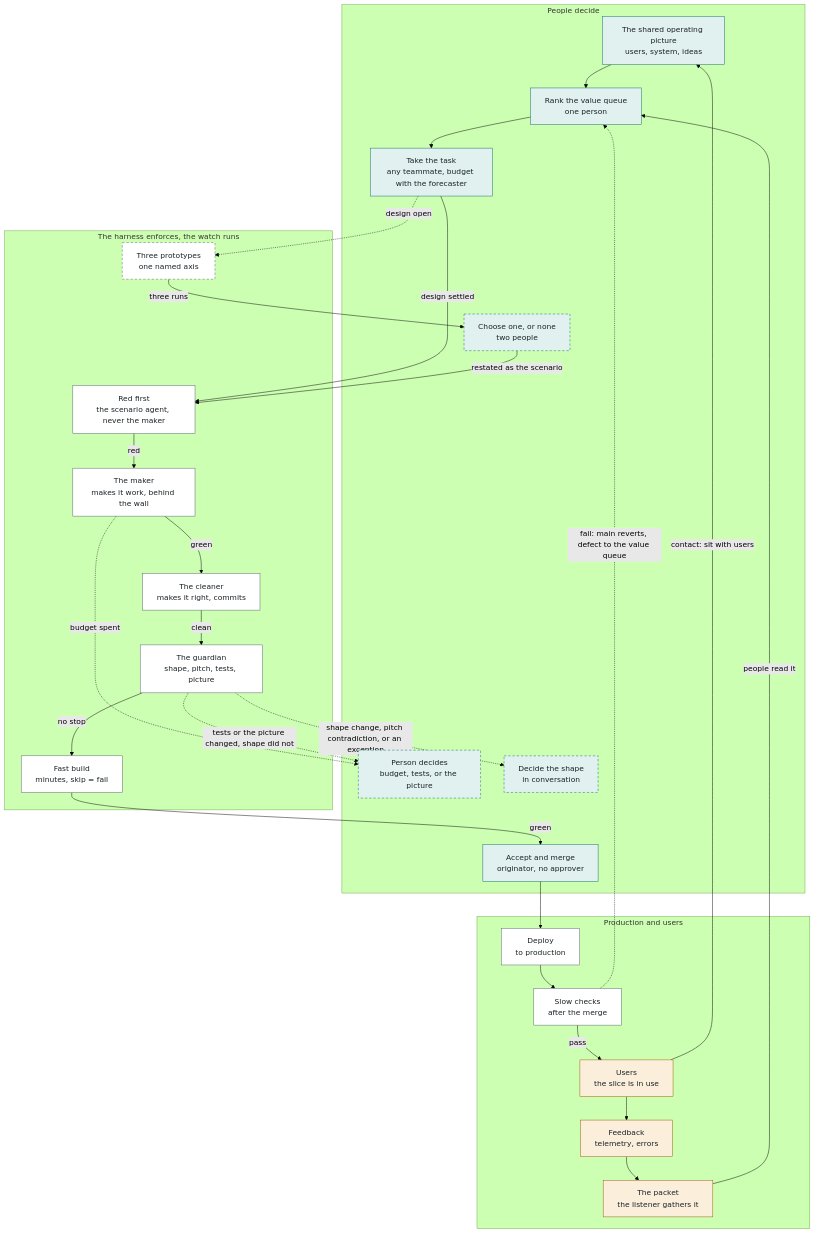
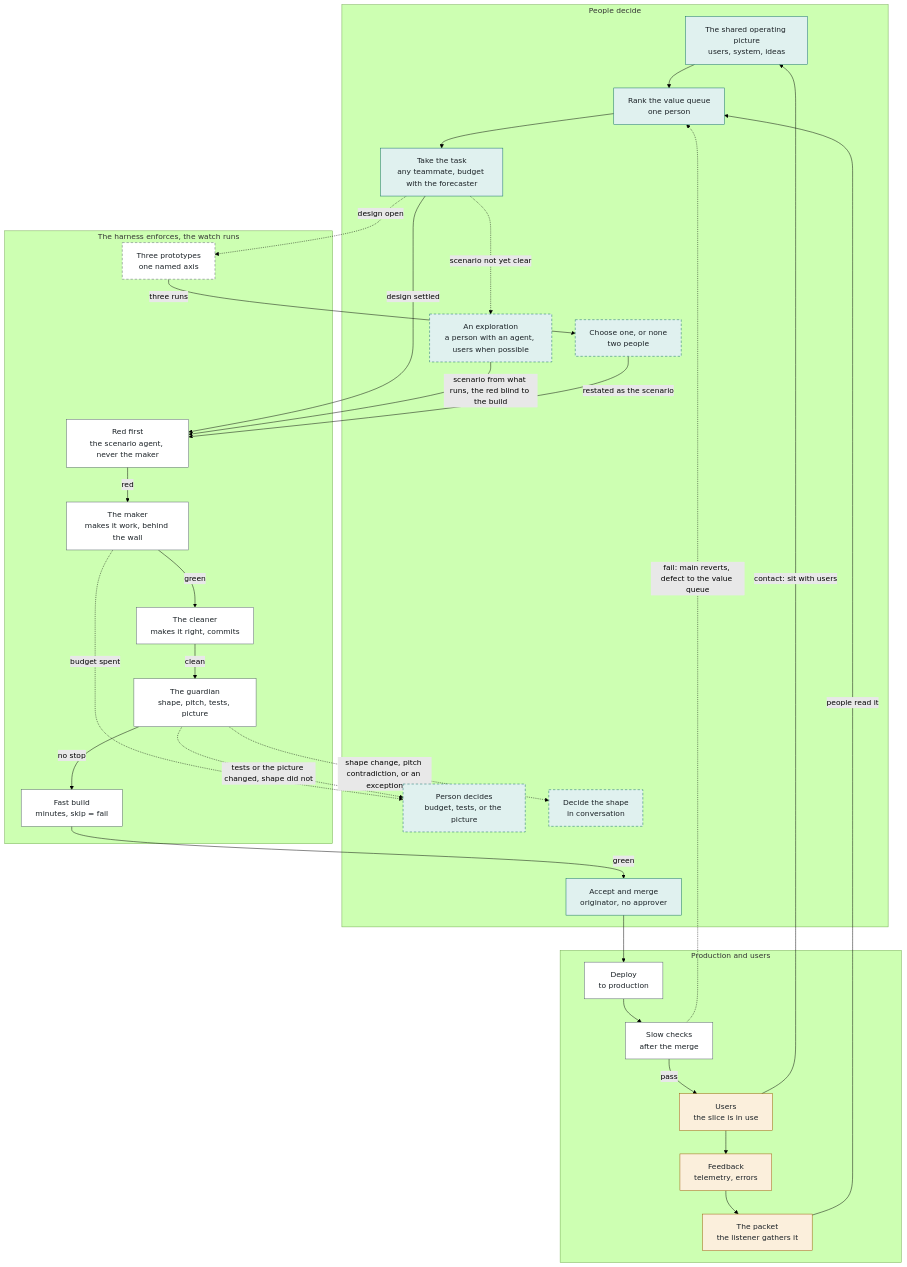
One commit to seanpk/xtremevibing.com changed the diagram in loop.md. Above: the diagram before and after it, drawn with Mermaid (forest theme). The commit also changed other lines of this file and 2 other files, not shown here.

````diff
--- a/loop.md
+++ b/loop.md
@@ -56,59 +56,62 @@
 ```mermaid
 flowchart TB
   subgraph People["People decide"]
     picture["The shared operating picture<br/>users, system, ideas"]
     rank["Rank the value queue<br/>one person"]
     take["Take the task<br/>any teammate, budget with the forecaster"]
+    explore["An exploration<br/>a person with an agent, users when possible"]
     choose["Choose one, or none<br/>two people"]
     decide["Person decides<br/>budget, tests, or the picture"]
     shape["Decide the shape<br/>in conversation"]
     merge["Accept and merge<br/>originator, no approver"]
   end
 
   subgraph Harness["The harness enforces, the watch runs"]
     protos["Three prototypes<br/>one named axis"]
     red["Red first<br/>the scenario agent, never the maker"]
     maker["The maker<br/>makes it work, behind the wall"]
     cleaner["The cleaner<br/>makes it right, commits"]
     guardian["The guardian<br/>shape, pitch, tests, picture"]
     build["Fast build<br/>minutes, skip = fail"]
   end
 
   subgraph Use["Production and users"]
     deploy["Deploy<br/>to production"]
     slow["Slow checks<br/>after the merge"]
     users["Users<br/>the slice is in use"]
     feedback["Feedback<br/>telemetry, errors"]
     packet["The packet<br/>the listener gathers it"]
   end
 
   picture --> rank --> take
   take -- "design settled" --> red
   take -. "design open" .-> protos
+  take -. "scenario not yet clear" .-> explore
+  explore -- "scenario from what runs, the red blind to the build" --> red
   protos -- "three runs" --> choose
   choose -- "restated as the scenario" --> red
   red -- "red" --> maker
   maker -- "green" --> cleaner
   cleaner -- "clean" --> guardian
   guardian -- "no stop" --> build
   build -- "green" --> merge
   merge --> deploy --> slow
   slow -- "pass" --> users
   slow -. "fail: main reverts, defect to the value queue" .-> rank
   users --> feedback
   feedback --> packet
   packet -- "people read it" --> rank
   users -- "contact: sit with users" --> picture
   maker -. "budget spent" .-> decide
   guardian -. "tests or the picture changed, shape did not" .-> decide
   guardian -. "shape change, pitch contradiction, or an exception" .-> shape
 
   classDef people fill:#e0f1ef,stroke:#0d6a66,color:#1a2126
   classDef harness fill:#ffffff,stroke:#56626b,color:#1a2126
   classDef use fill:#fbefdc,stroke:#9a5a00,color:#1a2126
   classDef cond stroke-dasharray:5 4
-  class picture,rank,take,choose,decide,shape,merge people
+  class picture,rank,take,explore,choose,decide,shape,merge people
   class protos,red,maker,cleaner,guardian,build,deploy,slow harness
   class users,feedback,packet use
-  class choose,decide,shape,protos cond
+  class choose,decide,shape,protos,explore cond
 ```
````
